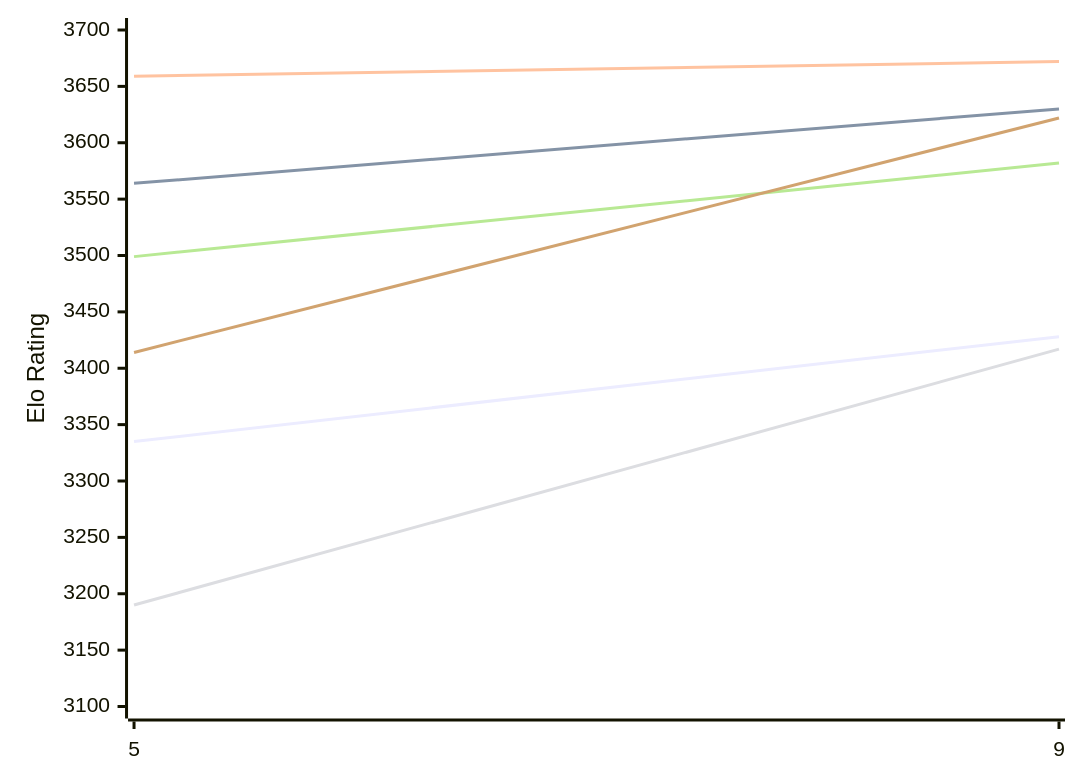
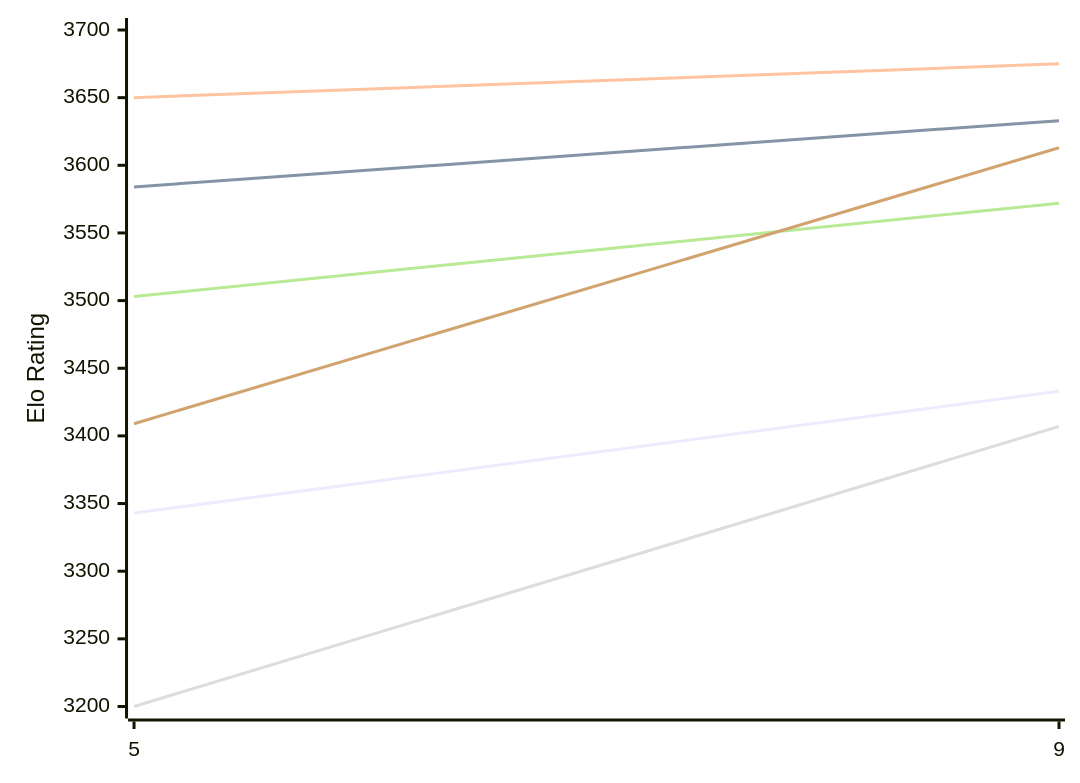
Before and after one commit to computer-chess-index/cci: the first of 2 diagrams in engines/Crystal.md, drawn with Mermaid. The commit also changed other lines of this file, not shown here.

Commit message:
Update CCI Ratings (ELO VLTC) - 2026-11-15

````diff
--- a/engines/Crystal.md
+++ b/engines/Crystal.md
@@ -50,12 +50,12 @@
 ```mermaid
 %%{init: {"theme":"base","themeVariables":{"seriesColors:['#a3a3a3','#222221','#faa371']}}}%%
 xychart-beta
   x-axis ["5", "9"]
-  y-axis "Elo Rating" 3100 --> 3700
-  line "E1: STC (8.0+0.08s)" [3335, 3428]
-  line "E1: LTC (60.0+0.60s)" [3564, 3630]
-  line "E1: VLTC (2m24s+1.12s)" [3659, 3672]
-  line "P1: STC (8.0+0.08s)" [3190, 3417]
-  line "P1: LTC (60.0+0.60s)" [3499, 3582]
-  line "P1: VLTC (2m24s+1.12s)" [3414, 3622]
+  y-axis "Elo Rating" 3200 --> 3700
+  line "E1: STC (8.0+0.08s)" [3343, 3433]
+  line "E1: LTC (60.0+0.60s)" [3584, 3633]
+  line "E1: VLTC (2m24s+1.12s)" [3650, 3675]
+  line "P1: STC (8.0+0.08s)" [3200, 3407]
+  line "P1: LTC (60.0+0.60s)" [3503, 3572]
+  line "P1: VLTC (2m24s+1.12s)" [3409, 3613]
 ```
````
